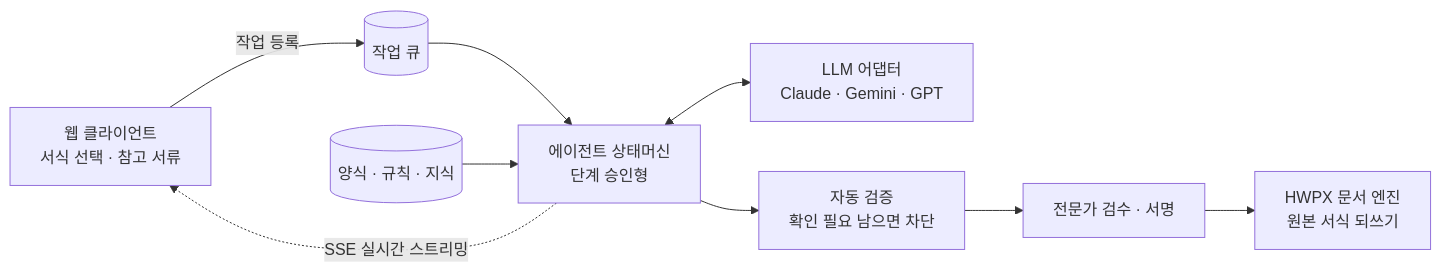
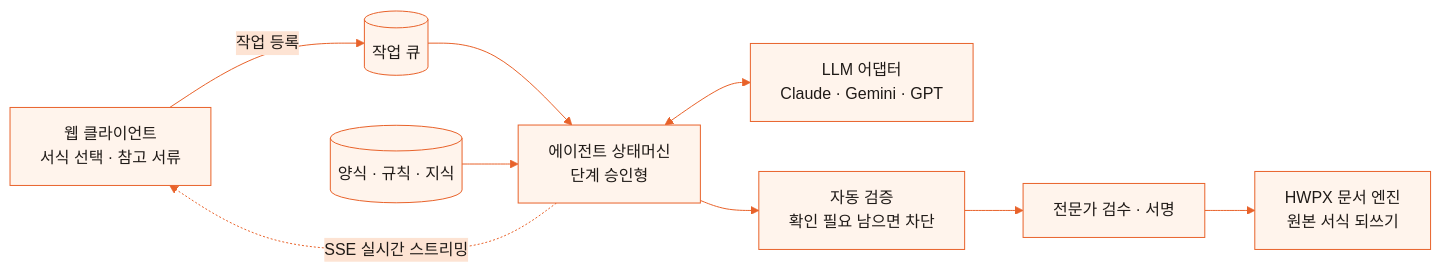
Before and after one commit to TreeJin99/plandoc-agent: the diagram in README.md, drawn with Mermaid. The commit also changed other lines of this file and 1 other file, not shown here.

Commit message:
포트폴리오 톤 배너·뱃지·다이어그램 색 적용

````diff
--- a/README.md
+++ b/README.md
@@ -37,11 +43,12 @@
 ```mermaid
+%%{init: {'theme':'base','themeVariables':{'primaryColor':'#FFF4EC','primaryBorderColor':'#E8622A','primaryTextColor':'#1F1A17','lineColor':'#E8622A','secondaryColor':'#FDE3D3','tertiaryColor':'#FFF9F5','clusterBkg':'#FFF9F5','clusterBorder':'#F0B79A','fontFamily':'Pretendard, sans-serif'}}}%%
 flowchart LR
   W[웹 클라이언트<br/>서식 선택 · 참고 서류] -->|작업 등록| Q[(작업 큐)]
   Q --> A[에이전트 상태머신<br/>단계 승인형]
   K[(양식 · 규칙 · 지식)] --> A
   A <--> L[LLM 어댑터<br/>Claude · Gemini · GPT]
   A --> V[자동 검증<br/>확인 필요 남으면 차단]
   V --> S[전문가 검수 · 서명]
   S --> H[HWPX 문서 엔진<br/>원본 서식 되쓰기]
   A -.SSE 실시간 스트리밍.-> W
 ```
````
